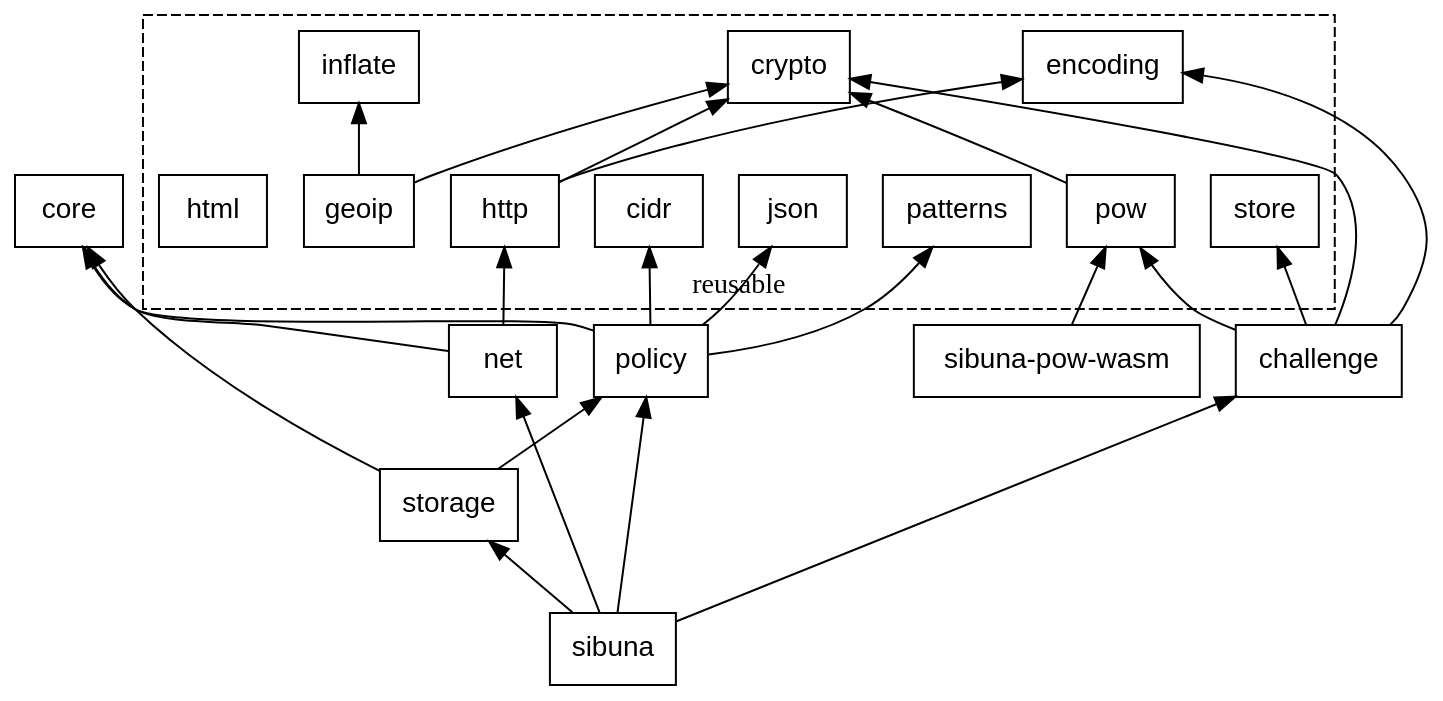
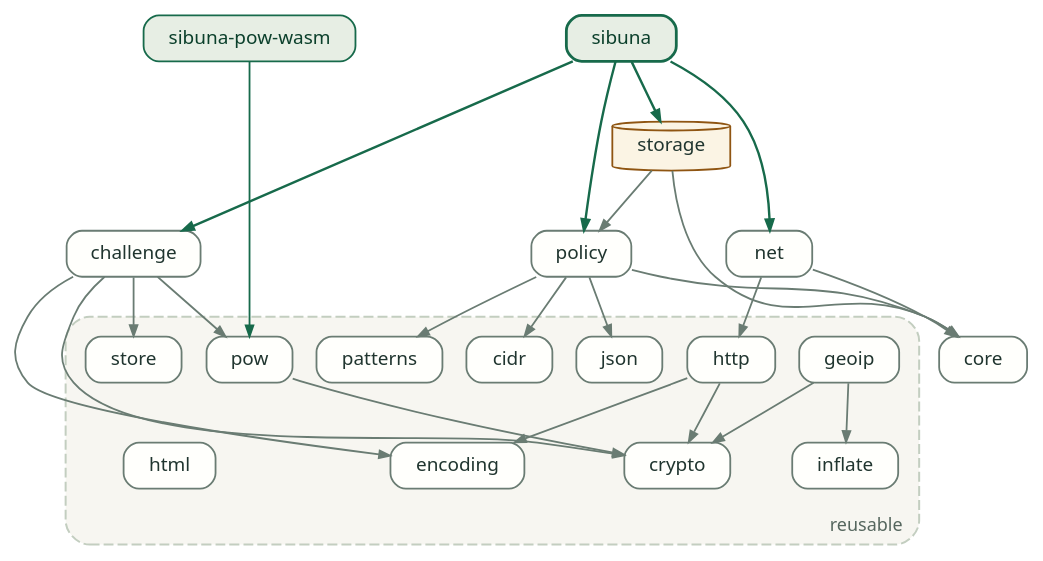
The diagram in docs/sid/diagrams/crates.dot (insanai/sibuna), drawn with Graphviz before and after one commit. The commit also changed 40 other files, not shown here.

```diff
--- a/docs/sid/diagrams/crates.dot
+++ b/docs/sid/diagrams/crates.dot
@@ -1,15 +1,26 @@
 digraph crates {
-  graph [rankdir=BT, bgcolor="transparent"];
-  node [shape=box, fontname="Helvetica"];
+  graph [rankdir=TB, bgcolor="transparent", newrank=true, nodesep=0.16, ranksep=0.42, pad=0.1, fontname="Noto Sans", fontsize=9, fontcolor="#55665e"];
+  node [shape=box, style="rounded,filled", fontname="Noto Sans", fontsize=9.5, fontcolor="#20352f", color="#6a7c73", fillcolor="#fffffc", penwidth=0.9, height=0.32, width=0.6, margin="0.17,0.05"];
+  edge [color="#6a7c73", arrowsize=0.55, penwidth=0.9];
+
+  sibuna [color="#176a4b", fillcolor="#e7eee4", fontcolor="#0c402c", penwidth=1.4];
+  "sibuna-pow-wasm" [color="#176a4b", fillcolor="#e7eee4", fontcolor="#0c402c"];
+  storage [color="#8f5512", fillcolor="#fbf4e4", shape=cylinder, style=filled];
+  policy; challenge; net; core;
   subgraph cluster_reusable {
-    label="reusable"; style=dashed;
+    label="reusable"; labelloc=b; labeljust=r; style="dashed,rounded,filled"; color="#c3cec0"; fillcolor="#f7f6f1"; margin=10;
     crypto; encoding; json; pow; http; patterns; cidr; store; inflate; geoip; html;
   }
-  pow -> crypto; http -> crypto; http -> encoding; geoip -> inflate; geoip -> crypto;
+  { rank=same; sibuna; "sibuna-pow-wasm"; }
+  { rank=same; policy; challenge; net; }
+  { rank=same; encoding; crypto; inflate; html; }
+
+  sibuna -> policy [color="#176a4b", penwidth=1.2]; sibuna -> challenge [color="#176a4b", penwidth=1.2];
+  sibuna -> net [color="#176a4b", penwidth=1.2]; sibuna -> storage [color="#176a4b", penwidth=1.2];
+  storage -> policy; storage -> core;
   policy -> patterns; policy -> cidr; policy -> json; policy -> core;
   challenge -> crypto; challenge -> pow; challenge -> store; challenge -> encoding;
   net -> http; net -> core;
-  storage -> policy; storage -> core;
-  sibuna -> policy; sibuna -> challenge; sibuna -> net; sibuna -> storage;
-  "sibuna-pow-wasm" -> pow;
+  pow -> crypto; http -> crypto; http -> encoding; geoip -> inflate; geoip -> crypto;
+  "sibuna-pow-wasm" -> pow [color="#176a4b"];
 }
```
